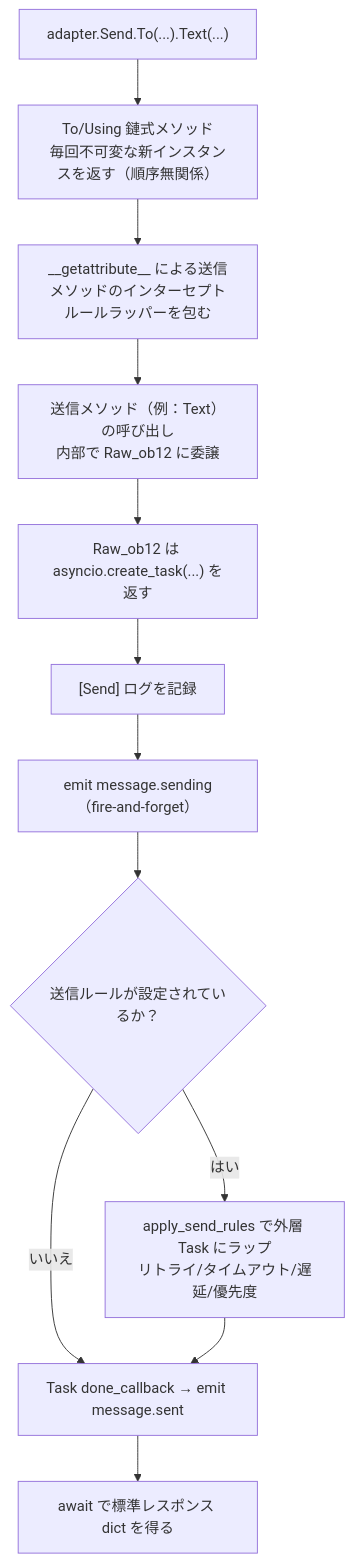
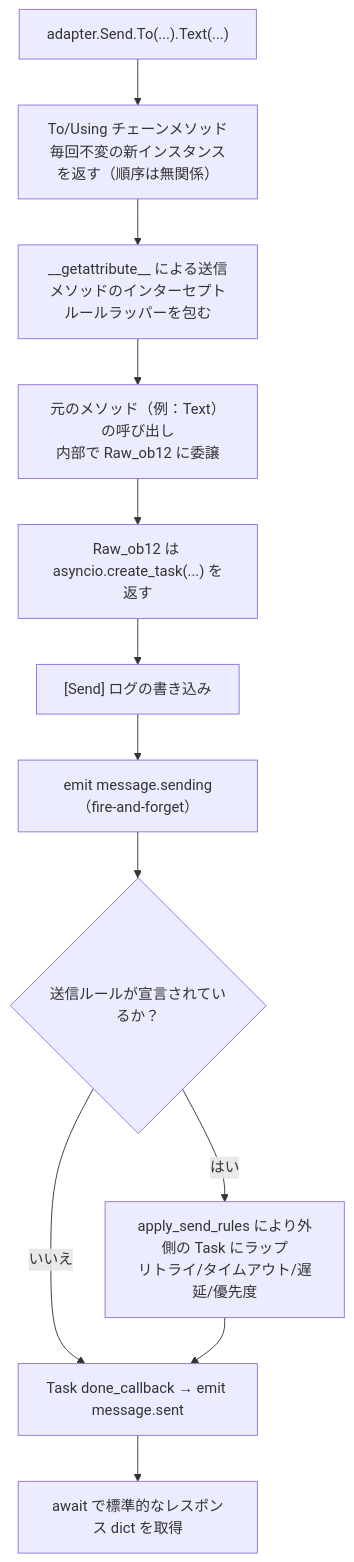
One commit to ErisPulse/ErisPulse changed the second of 2 diagrams in docs/ja/developer-guide/adapters/send-dsl.md. Above: the diagram before and after it, drawn with Mermaid. The commit also changed other lines of this file and 622 other files, not shown here.

````diff
--- a/docs/ja/developer-guide/adapters/send-dsl.md
+++ b/docs/ja/developer-guide/adapters/send-dsl.md
@@ -574,14 +574,14 @@
 ```mermaid
 flowchart TD
-    A["adapter.Send.To(...).Text(...)"] --> B["To/Using 鏈式メソッド<br/>毎回不可変な新インスタンスを返す（順序無関係）"]
+    A["adapter.Send.To(...).Text(...)"] --> B["To/Using チェーンメソッド<br/>毎回不変の新インスタンスを返す（順序は無関係）"]
     B --> C["__getattribute__ による送信メソッドのインターセプト<br/>ルールラッパーを包む"]
-    C --> D["送信メソッド（例：Text）の呼び出し<br/>内部で Raw_ob12 に委譲"]
+    C --> D["元のメソッド（例：Text）の呼び出し<br/>内部で Raw_ob12 に委譲"]
     D --> E["Raw_ob12 は asyncio.create_task(...) を返す"]
-    E --> F["[Send] ログを記録"]
+    E --> F["[Send] ログの書き込み"]
     F --> G["emit message.sending（fire-and-forget）"]
-    G --> H{"送信ルールが設定されているか？"}
+    G --> H{"送信ルールが宣言されているか？"}
     H -->|"いいえ"| I["Task done_callback → emit message.sent"]
-    H -->|"はい"| J["apply_send_rules で外層 Task にラップ<br/>リトライ/タイムアウト/遅延/優先度"]
+    H -->|"はい"| J["apply_send_rules により外側の Task にラップ<br/>リトライ/タイムアウト/遅延/優先度"]
     J --> I
-    I --> K["await で標準レスポンス dict を得る"]
+    I --> K["await で標準的なレスポンス dict を取得"]
 ```
````
